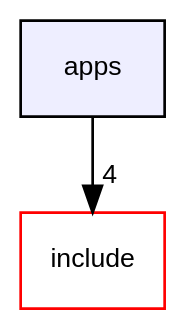
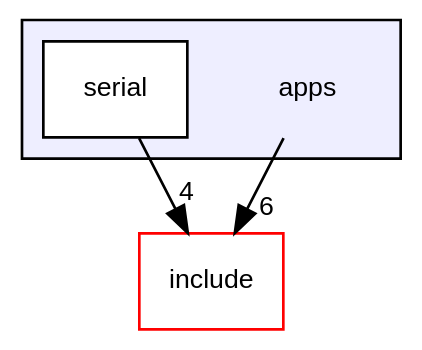
The diagram in dir_9654b8d08f4bba4e84b362c5fd320bee_dep.dot (luca-heltai/fsi-suite), drawn with Graphviz before and after one commit. The commit also changed 683 other files, not shown here.

```diff
--- a/dir_9654b8d08f4bba4e84b362c5fd320bee_dep.dot
+++ b/dir_9654b8d08f4bba4e84b362c5fd320bee_dep.dot
@@ -1,9 +1,14 @@
 digraph "apps" {
   bgcolor=transparent;
   compound=true
   node [ fontsize="10", fontname="Helvetica"];
   edge [ labelfontsize="10", labelfontname="Helvetica"];
-  dir_9654b8d08f4bba4e84b362c5fd320bee [shape=box, label="apps", style="filled", fillcolor="#eeeeff", pencolor="black", URL="dir_9654b8d08f4bba4e84b362c5fd320bee.html"];
+  subgraph clusterdir_9654b8d08f4bba4e84b362c5fd320bee {
+    graph [ bgcolor="#eeeeff", pencolor="black", label="" URL="dir_9654b8d08f4bba4e84b362c5fd320bee.html"];
+    dir_9654b8d08f4bba4e84b362c5fd320bee [shape=plaintext label="apps"];
+    dir_e7245891811a18a2b76d3fc59ab1e2d7 [shape=box label="serial" color="black" fillcolor="white" style="filled" URL="dir_e7245891811a18a2b76d3fc59ab1e2d7.html"];
+  }
   dir_d44c64559bbebec7f509842c48db8b23 [shape=box label="include" color="red" URL="dir_d44c64559bbebec7f509842c48db8b23.html"];
-  dir_9654b8d08f4bba4e84b362c5fd320bee->dir_d44c64559bbebec7f509842c48db8b23 [headlabel="4", labeldistance=1.5 headhref="dir_000000_000002.html"];
+  dir_e7245891811a18a2b76d3fc59ab1e2d7->dir_d44c64559bbebec7f509842c48db8b23 [headlabel="4", labeldistance=1.5 headhref="dir_000011_000002.html"];
+  dir_9654b8d08f4bba4e84b362c5fd320bee->dir_d44c64559bbebec7f509842c48db8b23 [headlabel="6", labeldistance=1.5 headhref="dir_000000_000002.html"];
 }
```
